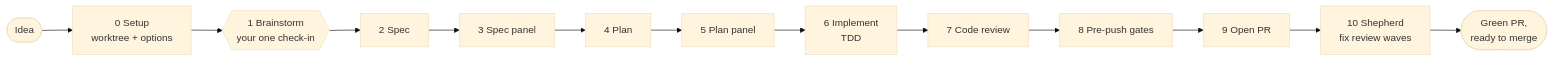
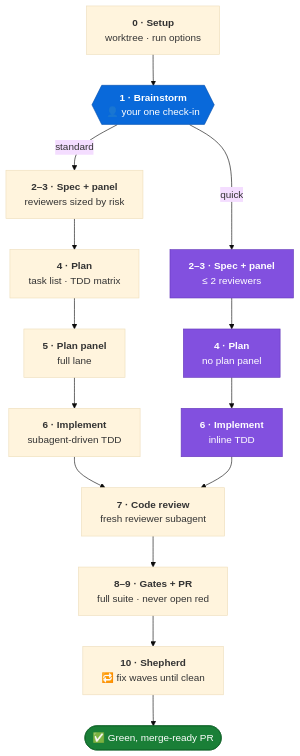
The diagram in README.md (vtrifonov/oneshot-pipeline), drawn with Mermaid (base theme) before and after one commit. The commit also changed other lines of this file, not shown here.

Commit message:
docs: vertical pipeline diagram with standard and quick lanes

````diff
--- a/README.md
+++ b/README.md
@@ -32,15 +32,26 @@
 ```mermaid
-flowchart LR
-    A([Idea]) --> B[0 Setup<br/>worktree + options]
-    B --> C{{1 Brainstorm<br/>your one check-in}}
-    C --> D[2 Spec]
-    D --> E[3 Spec panel]
-    E --> F[4 Plan]
-    F --> G[5 Plan panel]
-    G --> H[6 Implement<br/>TDD]
-    H --> I[7 Code review]
-    I --> J[8 Pre-push gates]
-    J --> K[9 Open PR]
-    K --> L[10 Shepherd<br/>fix review waves]
-    L --> M([Green PR,<br/>ready to merge])
+flowchart TD
+    setup["<b>0 · Setup</b><br/>worktree · run options"] --> brainstorm{{"<b>1 · Brainstorm</b><br/>👤 your one check-in"}}
+
+    brainstorm -- standard --> sspec["<b>2–3 · Spec + panel</b><br/>reviewers sized by risk"]
+    sspec --> splan["<b>4 · Plan</b><br/>task list · TDD matrix"]
+    splan --> spanel["<b>5 · Plan panel</b><br/>full lane"]
+    spanel --> ssdd["<b>6 · Implement</b><br/>subagent-driven TDD"]
+
+    brainstorm -- quick --> qspec["<b>2–3 · Spec + panel</b><br/>≤ 2 reviewers"]
+    qspec --> qplan["<b>4 · Plan</b><br/>no plan panel"]
+    qplan --> qinline["<b>6 · Implement</b><br/>inline TDD"]
+
+    ssdd --> review["<b>7 · Code review</b><br/>fresh reviewer subagent"]
+    qinline --> review
+    review --> gates["<b>8–9 · Gates + PR</b><br/>full suite · never open red"]
+    gates --> shepherd["<b>10 · Shepherd</b><br/>🔁 fix waves until clean"]
+    shepherd --> done(["✅ Green, merge-ready PR"])
+
+    classDef you fill:#0969da,stroke:#0550ae,color:#fff
+    classDef quick fill:#8250df,stroke:#6639ba,color:#fff
+    classDef finish fill:#1a7f37,stroke:#116329,color:#fff
+    class brainstorm you
+    class qspec,qplan,qinline quick
+    class done finish
 ```
````
